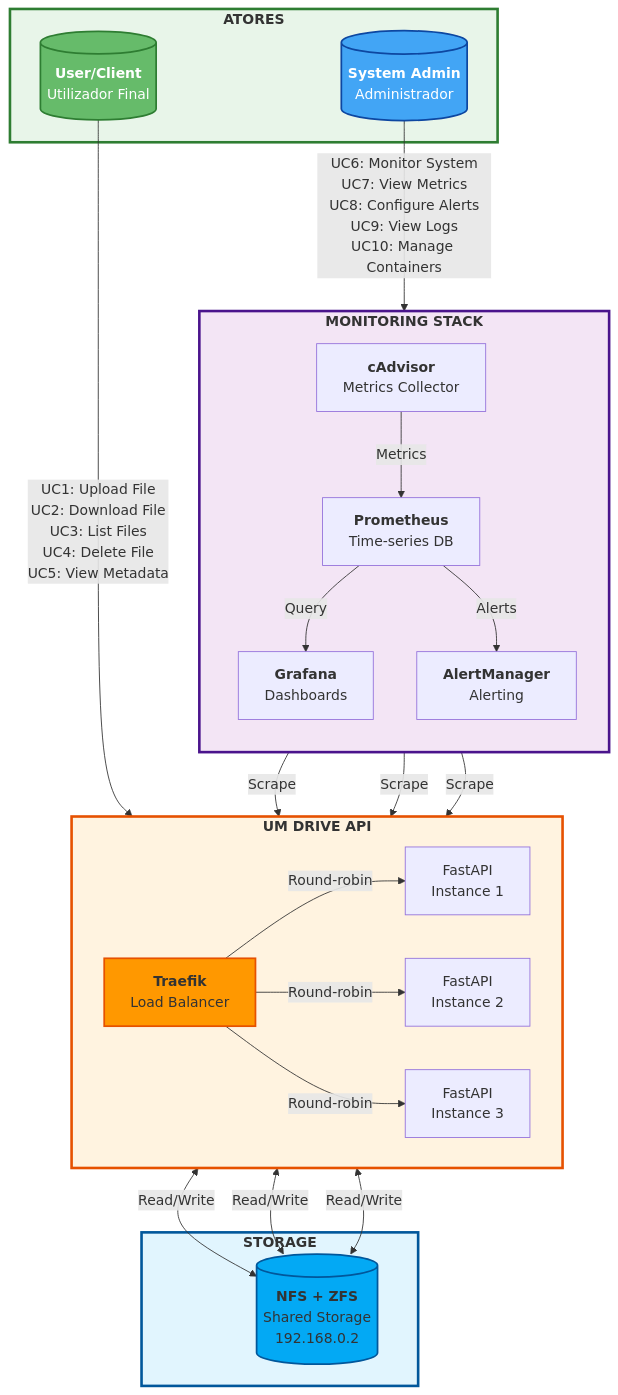
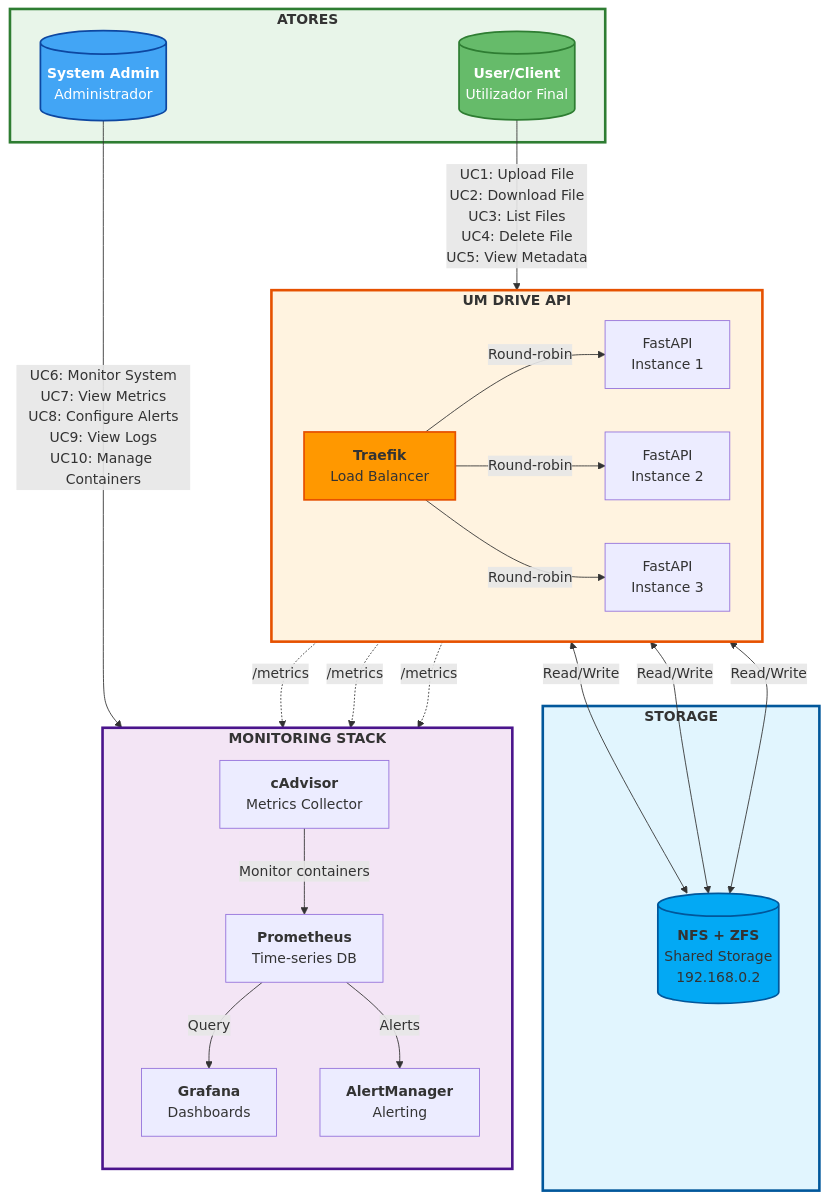
One commit to Eduardomfdias/um-drive changed the second of 4 diagrams in docs/use-cases.md. Above: the diagram before and after it, drawn with Mermaid.

Commit message:
fix: correções documentação para defesa
- Diagrama rede: setas API→NFS corrigidas
- Diagrama use-cases: cAdvisor→Prometheus corrigido
- metadata.json → metadata.db (SQLite)
- Nota CRUD adicionada (POST/PUT/GET/DELETE)
- Dashboard 893 atualizada
- Separador --- adicionado

````diff
--- a/docs/use-cases.md
+++ b/docs/use-cases.md
@@ -65,58 +65,59 @@
 ```mermaid
 flowchart TB
     subgraph Actors["<b>ATORES</b>"]
         User[("<b>User/Client</b><br/>Utilizador Final")]
         Admin[("<b>System Admin</b><br/>Administrador")]
     end
     
     subgraph API["<b>UM DRIVE API</b>"]
         direction LR
         Traefik[<b>Traefik</b><br/>Load Balancer]
         API1[FastAPI<br/>Instance 1]
         API2[FastAPI<br/>Instance 2]
         API3[FastAPI<br/>Instance 3]
     end
     
     subgraph Storage["<b>STORAGE</b>"]
         NFS[("<b>NFS + ZFS</b><br/>Shared Storage<br/>192.168.0.2")]
     end
     
     subgraph Monitoring["<b>MONITORING STACK</b>"]
         direction TB
         cAdvisor[<b>cAdvisor</b><br/>Metrics Collector]
         Prometheus[<b>Prometheus</b><br/>Time-series DB]
         Grafana[<b>Grafana</b><br/>Dashboards]
         AlertMgr[<b>AlertManager</b><br/>Alerting]
     end
     
     User -->|"UC1: Upload File<br/>UC2: Download File<br/>UC3: List Files<br/>UC4: Delete File<br/>UC5: View Metadata"| Traefik
     
     Traefik -->|Round-robin| API1
     Traefik -->|Round-robin| API2
     Traefik -->|Round-robin| API3
     
     API1 <-->|Read/Write| NFS
     API2 <-->|Read/Write| NFS
     API3 <-->|Read/Write| NFS
     
     Admin -->|"UC6: Monitor System<br/>UC7: View Metrics<br/>UC8: Configure Alerts<br/>UC9: View Logs<br/>UC10: Manage Containers"| Monitoring
     
-    cAdvisor -->|Scrape| API1
-    cAdvisor -->|Scrape| API2
-    cAdvisor -->|Scrape| API3
-    cAdvisor -->|Metrics| Prometheus
+    cAdvisor -->|Monitor containers| Prometheus
+    
+    API1 -.->|/metrics| Prometheus
+    API2 -.->|/metrics| Prometheus
+    API3 -.->|/metrics| Prometheus
     
     Prometheus -->|Query| Grafana
     Prometheus -->|Alerts| AlertMgr
     
     style Actors fill:#e8f5e9,stroke:#2e7d32,stroke-width:3px
     style API fill:#fff3e0,stroke:#e65100,stroke-width:3px
     style Storage fill:#e1f5fe,stroke:#01579b,stroke-width:3px
     style Monitoring fill:#f3e5f5,stroke:#4a148c,stroke-width:3px
     
     style User fill:#66bb6a,stroke:#2e7d32,stroke-width:2px,color:#fff
     style Admin fill:#42a5f5,stroke:#0d47a1,stroke-width:2px,color:#fff
     
     style Traefik fill:#ff9800,stroke:#e65100,stroke-width:2px
     style NFS fill:#03a9f4,stroke:#01579b,stroke-width:2px
 ```
````
